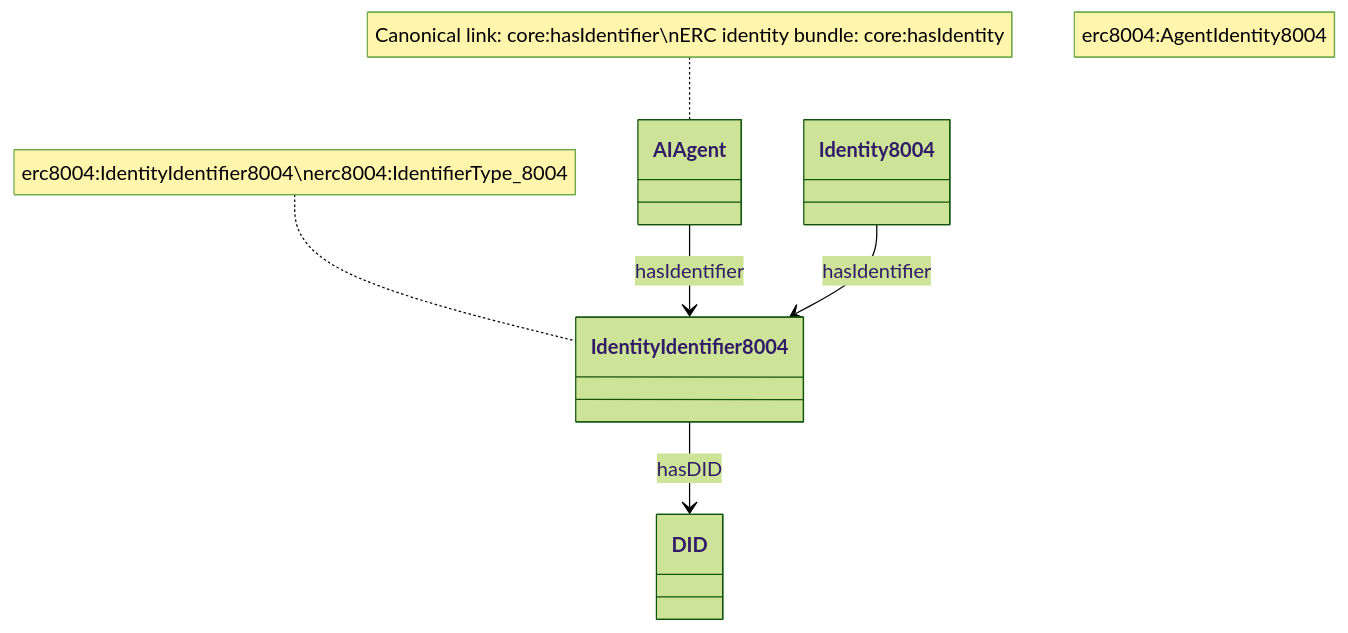
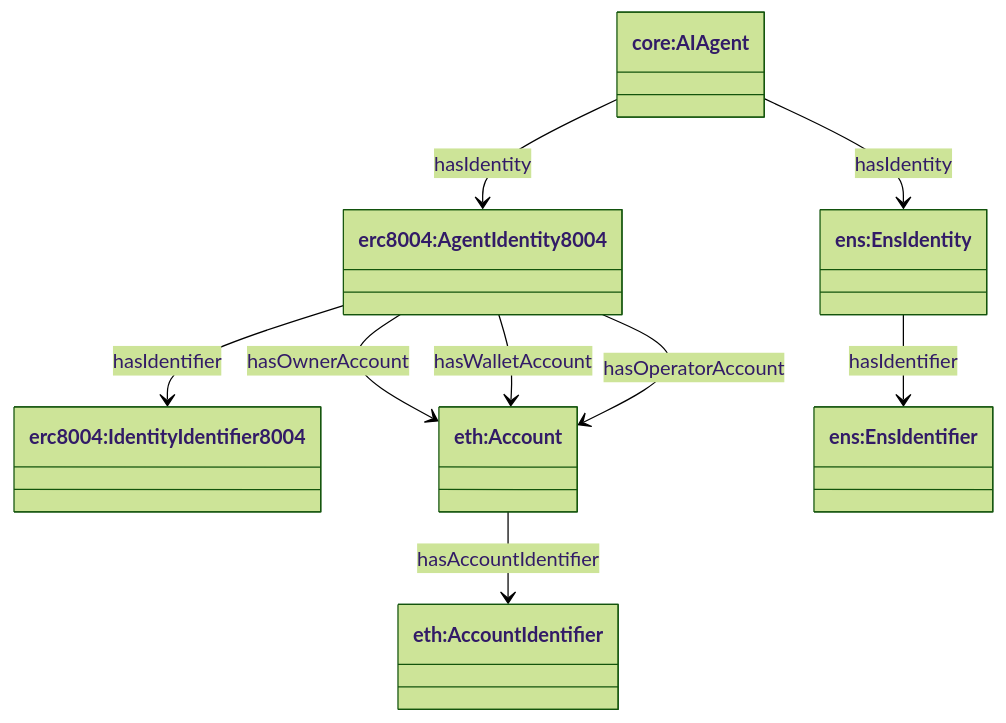
One commit to Agentic-Trust-Layer/agent-explorer changed the diagram in docs/ontology/identifiers.md. Above: the diagram before and after it, drawn with Mermaid (forest theme). The commit also changed other lines of this file and 31 other files, not shown here.

````diff
--- a/docs/ontology/identifiers.md
+++ b/docs/ontology/identifiers.md
@@ -190,15 +22,22 @@
 ```mermaid
 classDiagram
-    class AIAgent
-    class Identity8004
-    class IdentityIdentifier8004
-    class DID
-    
-    AIAgent --> IdentityIdentifier8004 : hasIdentifier
-    Identity8004 --> IdentityIdentifier8004 : hasIdentifier
-    IdentityIdentifier8004 --> DID : hasDID
-    
-    note for AIAgent "Canonical link: core:hasIdentifier\nERC identity bundle: core:hasIdentity"
-    note for AgentIdentity8004 "erc8004:AgentIdentity8004"
-    note for IdentityIdentifier8004 "erc8004:IdentityIdentifier8004\nerc8004:IdentifierType_8004"
+    class AIAgent["core:AIAgent"]
+    class Identity8004["erc8004:AgentIdentity8004"]
+    class Ident8004["erc8004:IdentityIdentifier8004"]
+    class IdentityEns["ens:EnsIdentity"]
+    class IdentEns["ens:EnsIdentifier"]
+    class Account["eth:Account"]
+    class AccountIdent["eth:AccountIdentifier"]
+
+    AIAgent --> Identity8004 : hasIdentity
+    AIAgent --> IdentityEns : hasIdentity
+
+    Identity8004 --> Ident8004 : hasIdentifier
+    IdentityEns --> IdentEns : hasIdentifier
+
+    Identity8004 --> Account : hasOwnerAccount
+    Identity8004 --> Account : hasWalletAccount
+    Identity8004 --> Account : hasOperatorAccount
+
+    Account --> AccountIdent : hasAccountIdentifier
 ```
````
